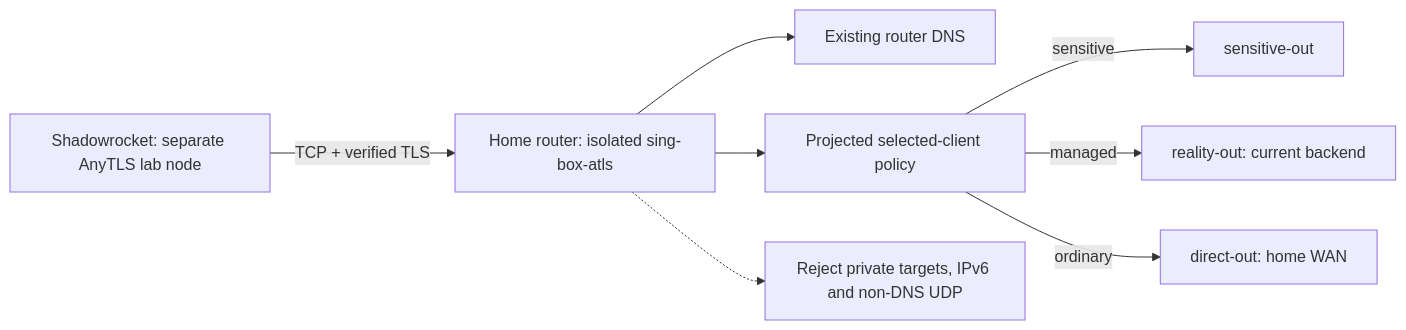
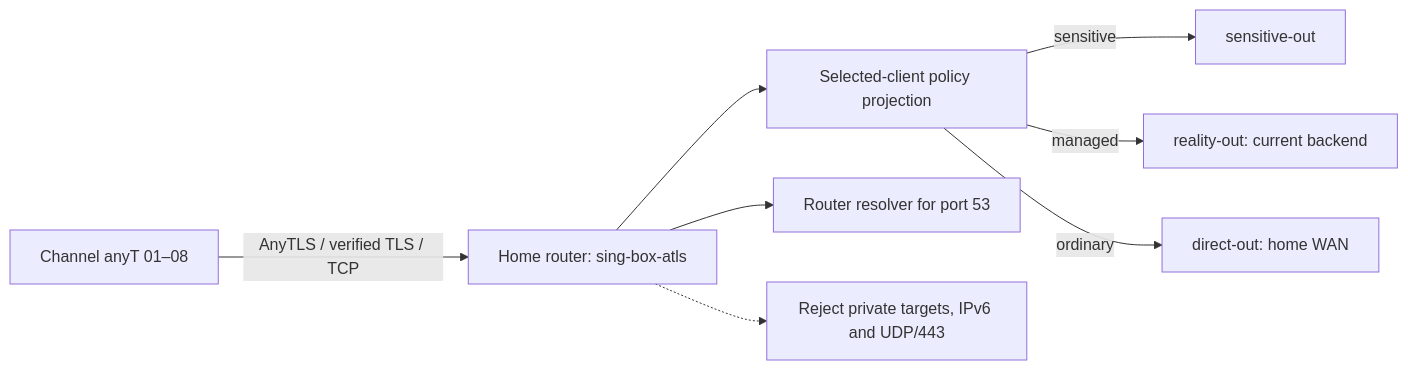
One commit to eiler2005/ghostroute changed the first of 2 diagrams in modules/routing-core/docs/channel-anytls-lab.md. Above: the diagram before and after it, drawn with Mermaid. The commit also changed other lines of this file and 22 other files, not shown here.

Commit message:
Promote Channel anyT with scoped recovery and preserved client imports

````diff
--- a/modules/routing-core/docs/channel-anytls-lab.md
+++ b/modules/routing-core/docs/channel-anytls-lab.md
@@ -8,10 +13,10 @@
 ```mermaid
 flowchart LR
-    Phone[Shadowrocket: separate AnyTLS lab node] -->|TCP + verified TLS| Lab[Home router: isolated sing-box-atls]
-    Lab --> DNS[Existing router DNS]
-    Lab --> Policy[Projected selected-client policy]
+    Clients[Channel anyT 01–08] -->|AnyTLS / verified TLS / TCP| Home[Home router: sing-box-atls]
+    Home --> Policy[Selected-client policy projection]
     Policy -->|sensitive| Sensitive[sensitive-out]
     Policy -->|managed| Managed[reality-out: current backend]
     Policy -->|ordinary| Direct[direct-out: home WAN]
-    Lab -.-> Deny[Reject private targets, IPv6 and non-DNS UDP]
+    Home --> DNS[Router resolver for port 53]
+    Home -.-> Reject[Reject private targets, IPv6 and UDP/443]
 ```
````
